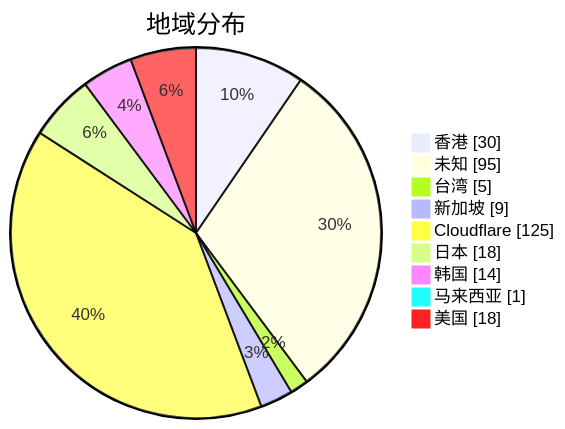
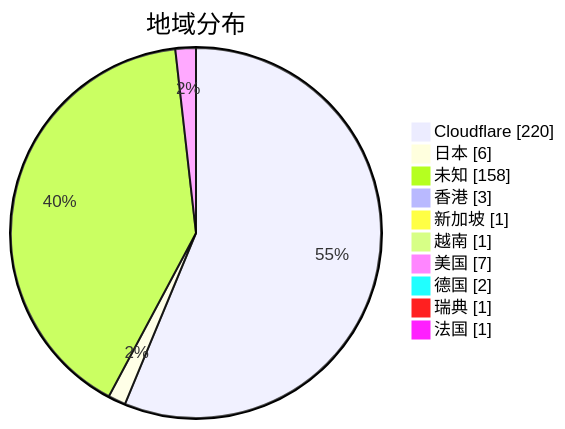
Before and after one commit to qjlxg/airport: the second of 3 diagrams in subs/statistics/tested_within.md, drawn with Mermaid. The commit also changed other lines of this file and 2 other files, not shown here.

````diff
--- a/subs/statistics/tested_within.md
+++ b/subs/statistics/tested_within.md
@@ -12,13 +15,14 @@
 ```mermaid
 pie showData
 title 地域分布
-"香港" : 30
-"未知" : 95
-"台湾" : 5
-"新加坡" : 9
-"Cloudflare" : 125
-"日本" : 18
-"韩国" : 14
-"马来西亚" : 1
-"美国" : 18
+"Cloudflare" : 220
+"日本" : 6
+"未知" : 158
+"香港" : 3
+"新加坡" : 1
+"越南" : 1
+"美国" : 7
+"德国" : 2
+"瑞典" : 1
+"法国" : 1
 ```
````
